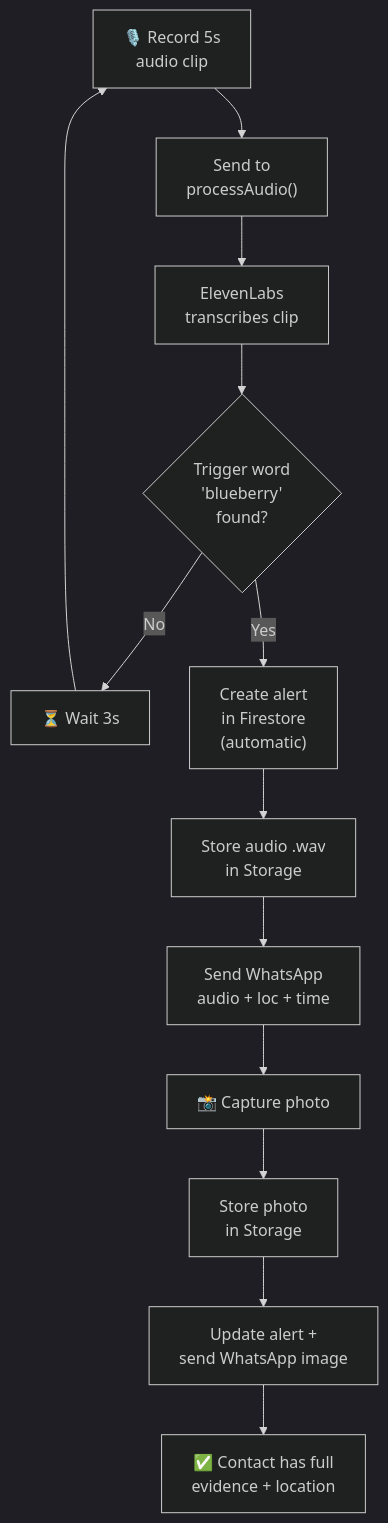
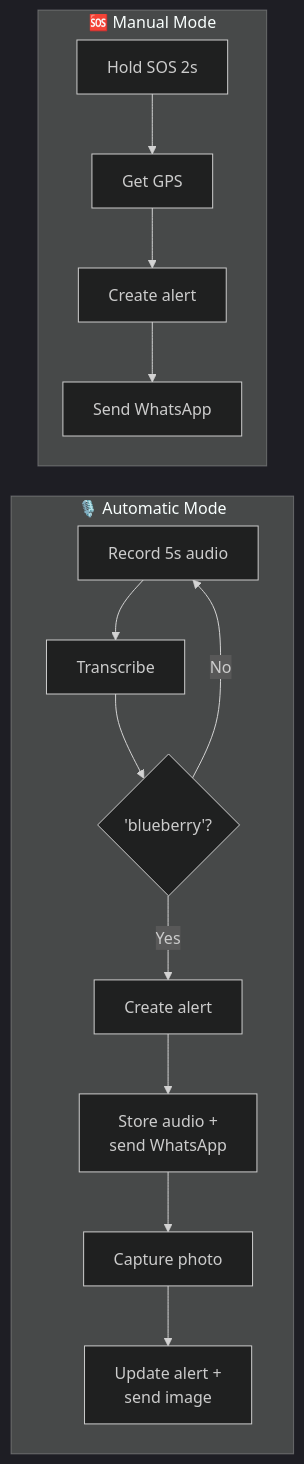
One commit to SubashreeT24/SheAlert changed the second of 2 diagrams in README.md. Above: the diagram before and after it, drawn with Mermaid (dark theme). The commit also changed other lines of this file, not shown here.

First line of the commit message:
Revise README with updated architecture and flow details

````diff
--- a/README.md
+++ b/README.md
@@ -114,15 +94,21 @@
 ```mermaid
-%%{init: {"flowchart": {"nodeSpacing": 40, "rankSpacing": 50, "htmlLabels": true}}}%%
-flowchart TD
-    A["🎙️ Record 5s<br/>audio clip"] --> B["Send to<br/>processAudio()"]
-    B --> C["ElevenLabs<br/>transcribes clip"]
-    C --> D{"Trigger word<br/>'blueberry'<br/>found?"}
-    D -- No --> W["⏳ Wait 3s"] --> A
-    D -- Yes --> E["Create alert<br/>in Firestore<br/>(automatic)"]
-    E --> F["Store audio .wav<br/>in Storage"]
-    F --> G["Send WhatsApp<br/>audio + loc + time"]
-    G --> H["📸 Capture photo"]
-    H --> I["Store photo<br/>in Storage"]
-    I --> J["Update alert +<br/>send WhatsApp image"]
-    J --> K["✅ Contact has full<br/>evidence + location"]
+%%{init: {"flowchart": {"nodeSpacing": 30, "rankSpacing": 35, "htmlLabels": true}}}%%
+flowchart LR
+    subgraph AUTO["🎙️ Automatic Mode"]
+    direction TB
+        A1["Record 5s audio"] --> A2["Transcribe"]
+        A2 --> A3{"'blueberry'?"}
+        A3 -- No --> A1
+        A3 -- Yes --> A4["Create alert"]
+        A4 --> A5["Store audio +<br/>send WhatsApp"]
+        A5 --> A6["Capture photo"]
+        A6 --> A7["Update alert +<br/>send image"]
+    end
+
+    subgraph MANUAL["🆘 Manual Mode"]
+    direction TB
+        M1["Hold SOS 2s"] --> M2["Get GPS"]
+        M2 --> M3["Create alert"]
+        M3 --> M4["Send WhatsApp"]
+    end
 ```
````
